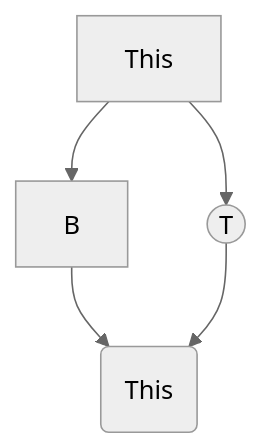
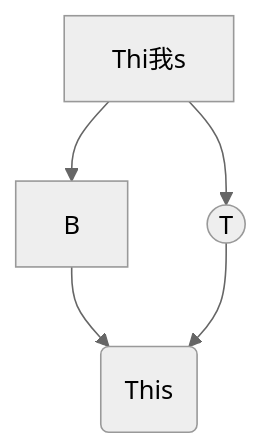
One commit to hfyeh/taiji changed the second of 2 diagrams in chap04/README.md. Above: the diagram before and after it, drawn with Mermaid (neutral theme).

````diff
--- a/chap04/README.md
+++ b/chap04/README.md
@@ -38,7 +38,7 @@
 ```mermaid
 graph TD;
-    A[This]-->B;
+    A[Thi我s]-->B;
     A-->C((T));
     B-->D;
     C-->D(This);
 ```
````
